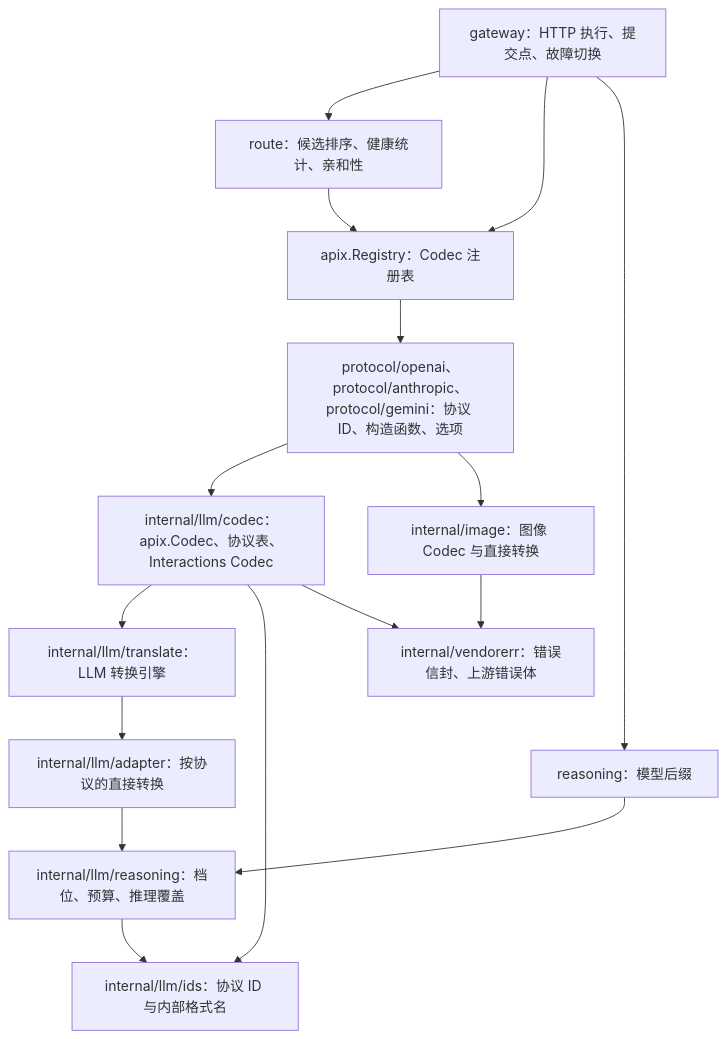
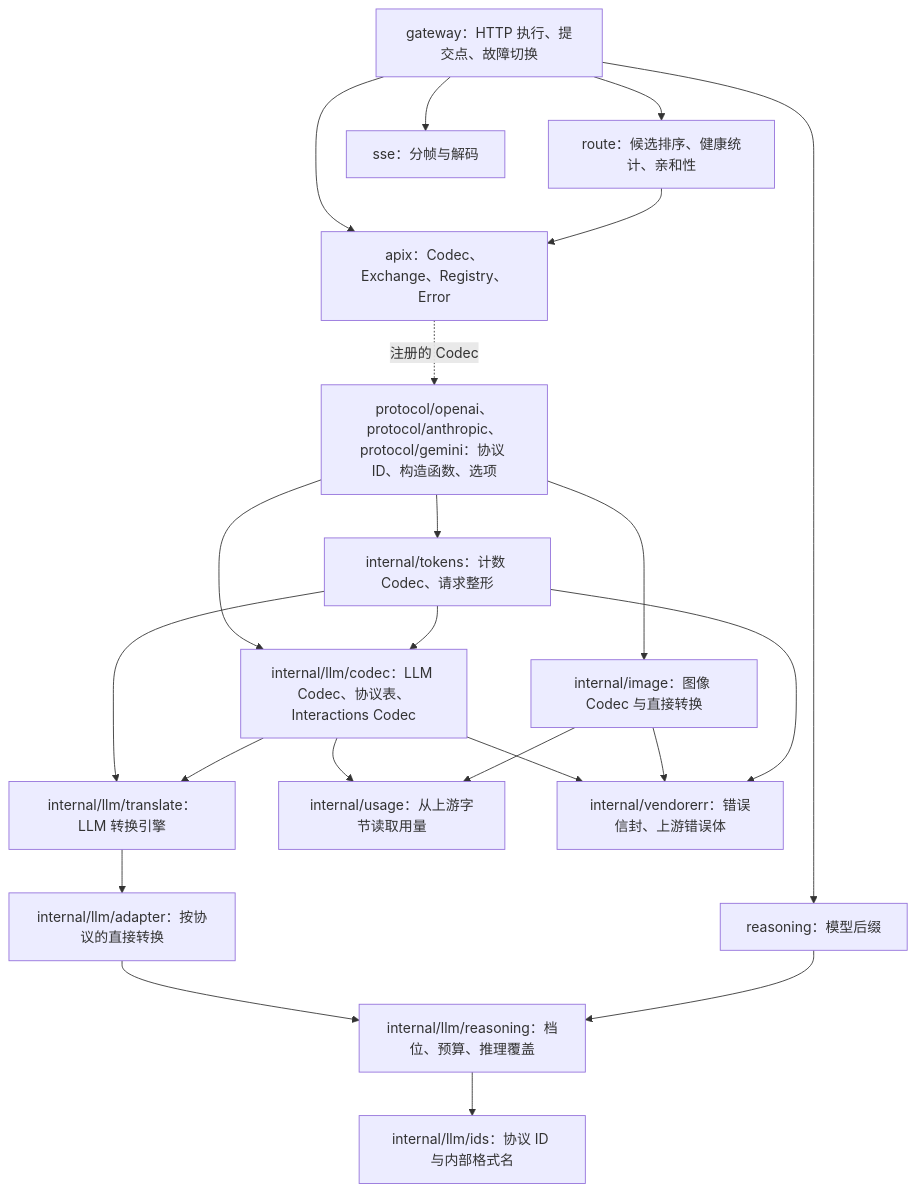
One commit to dillonzq/apix changed the diagram in docs/architecture.zh-CN.md. Above: the diagram before and after it, drawn with Mermaid. The commit also changed other lines of this file and 17 other files, not shown here.

````diff
--- a/docs/architecture.zh-CN.md
+++ b/docs/architecture.zh-CN.md
@@ -7,18 +7,24 @@
 ```mermaid
 flowchart TD
     GW[gateway：HTTP 执行、提交点、故障切换] --> RT[route：候选排序、健康统计、亲和性]
-    GW --> REG[apix.Registry：Codec 注册表]
-    GW --> TH[reasoning：模型后缀]
+    GW --> RP[reasoning：模型后缀]
+    GW --> SSE[sse：分帧与解码]
+    GW --> REG[apix：Codec、Exchange、Registry、Error]
     RT --> REG
-    REG --> VENDOR[protocol/openai、protocol/anthropic、protocol/gemini：协议 ID、构造函数、选项]
-    VENDOR --> CODEC[internal/llm/codec：apix.Codec、协议表、Interactions Codec]
-    TH --> RS
+    REG -. 注册的 Codec .-> VENDOR[protocol/openai、protocol/anthropic、protocol/gemini：协议 ID、构造函数、选项]
+    VENDOR --> CODEC[internal/llm/codec：LLM Codec、协议表、Interactions Codec]
+    VENDOR --> IMAGE[internal/image：图像 Codec 与直接转换]
+    VENDOR --> TOKENS[internal/tokens：计数 Codec、请求整形]
+    TOKENS --> CODEC
+    TOKENS --> ENGINE
     CODEC --> ENGINE[internal/llm/translate：LLM 转换引擎]
     ENGINE --> ADAPTERS[internal/llm/adapter：按协议的直接转换]
     ADAPTERS --> RS[internal/llm/reasoning：档位、预算、推理覆盖]
-    CODEC --> IDS[internal/llm/ids：协议 ID 与内部格式名]
-    RS --> IDS
-    VENDOR --> IMAGE[internal/image：图像 Codec 与直接转换]
+    RP --> RS
+    RS --> IDS[internal/llm/ids：协议 ID 与内部格式名]
+    CODEC --> USAGE[internal/usage：从上游字节读取用量]
+    IMAGE --> USAGE
     CODEC --> VE[internal/vendorerr：错误信封、上游错误体]
     IMAGE --> VE
+    TOKENS --> VE
 ```
````
